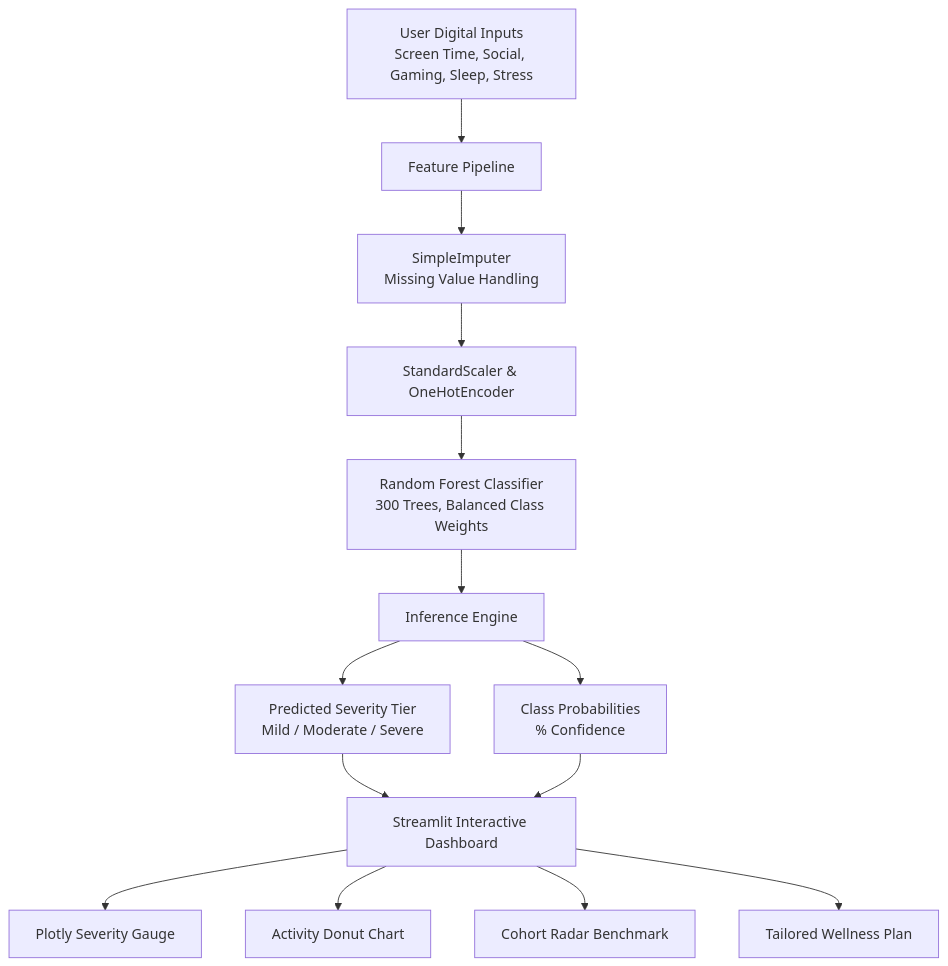
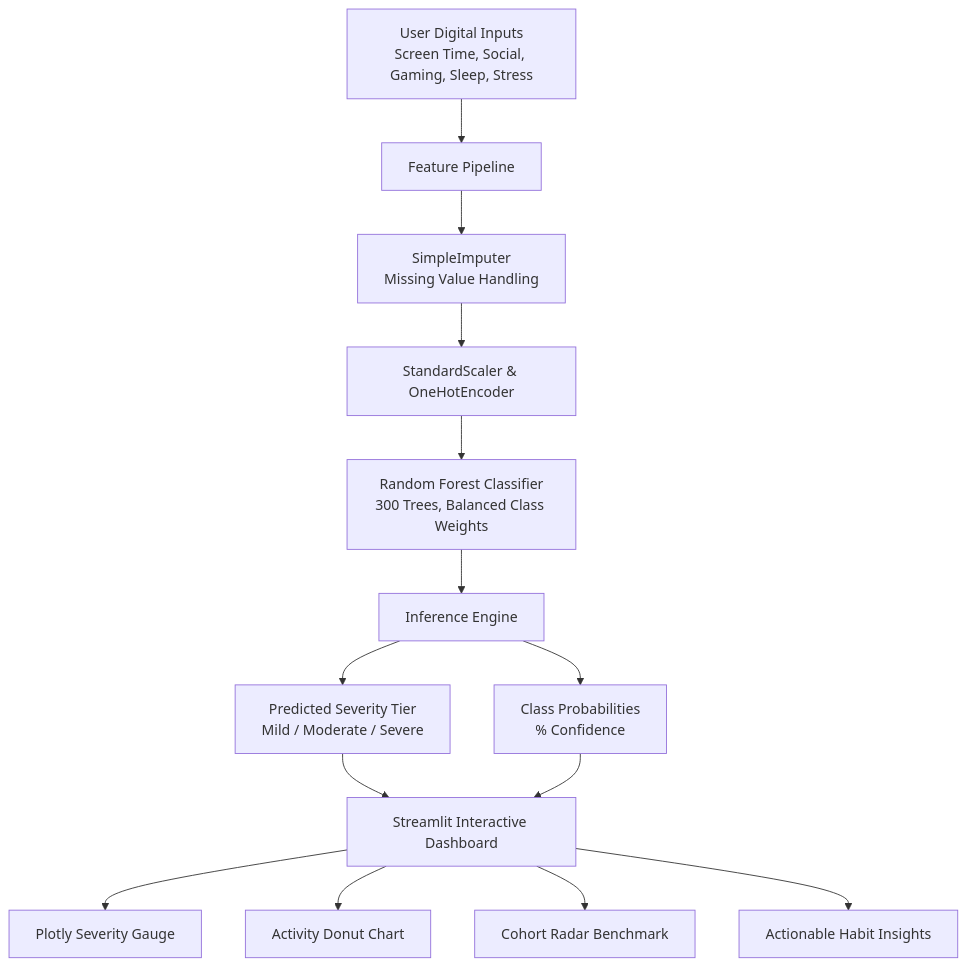
The diagram in README.md (reet2712/Smartphone-Addiction-prediction), drawn with Mermaid before and after one commit. The commit also changed other lines of this file and 1 other file, not shown here.

````diff
--- a/README.md
+++ b/README.md
@@ -56,15 +49,15 @@
 ```mermaid
 flowchart TD
     A[User Digital Inputs<br/>Screen Time, Social, Gaming, Sleep, Stress] --> B[Feature Pipeline]
     B --> C[SimpleImputer<br/>Missing Value Handling]
     C --> D[StandardScaler & OneHotEncoder]
     D --> E[Random Forest Classifier<br/>300 Trees, Balanced Class Weights]
     E --> F[Inference Engine]
     F --> G[Predicted Severity Tier<br/>Mild / Moderate / Severe]
     F --> H[Class Probabilities<br/>% Confidence]
     G & H --> I[Streamlit Interactive Dashboard]
     I --> J[Plotly Severity Gauge]
     I --> K[Activity Donut Chart]
     I --> L[Cohort Radar Benchmark]
-    I --> M[Tailored Wellness Plan]
+    I --> M[Actionable Habit Insights]
 ```
````
